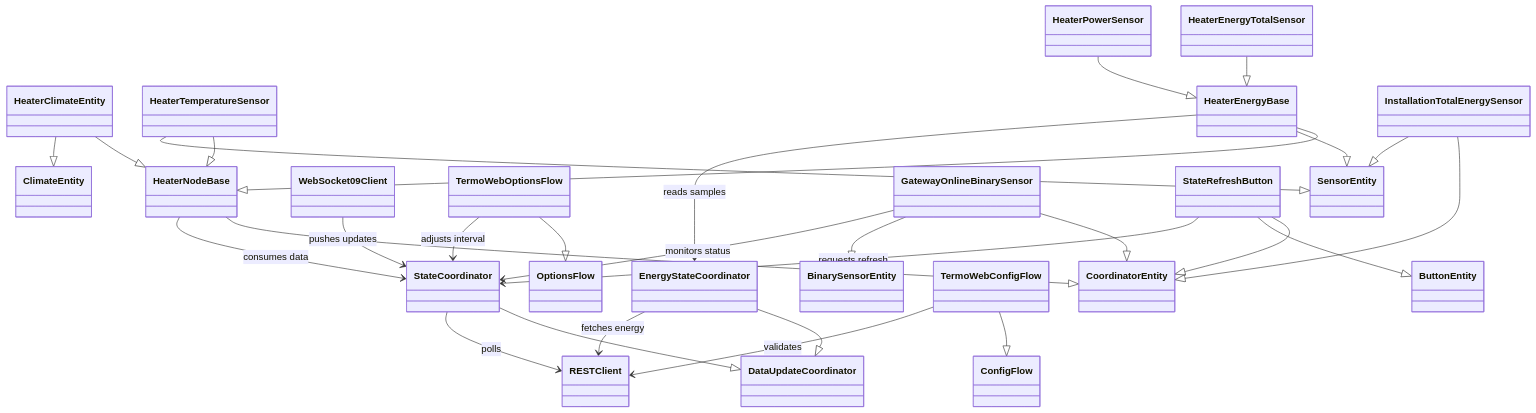
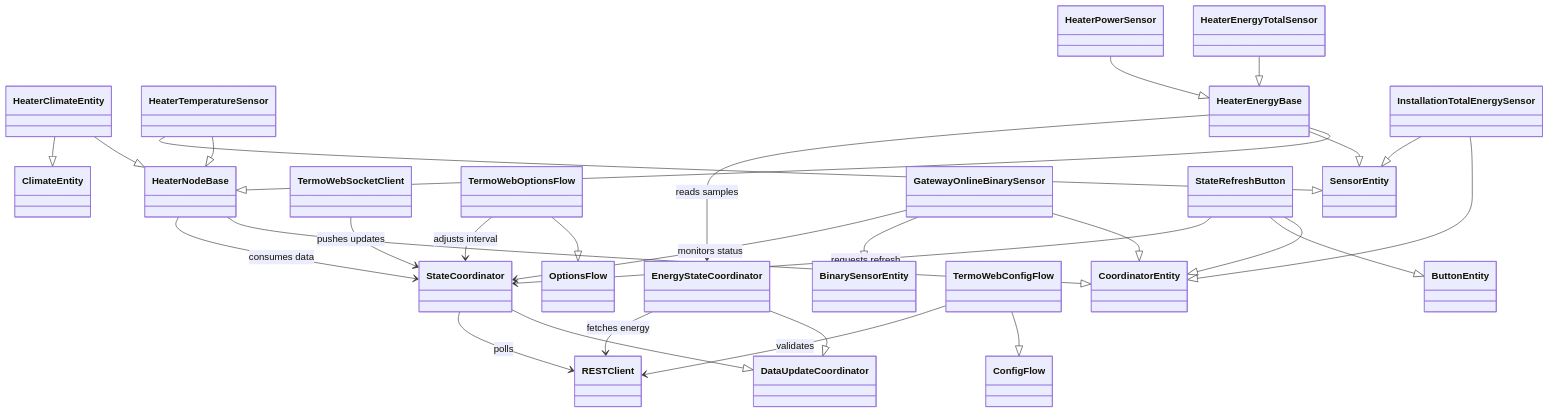
The second of 2 diagrams in docs/architecture.md (ha-termoweb/ha-termoweb), drawn with Mermaid before and after one commit. The commit also changed other lines of this file and 4 other files, not shown here.

````diff
--- a/docs/architecture.md
+++ b/docs/architecture.md
@@ -103,61 +103,61 @@
 ```mermaid
 classDiagram
     %% Core Home Assistant base classes
     class ConfigFlow
     class OptionsFlow
     class DataUpdateCoordinator
     class CoordinatorEntity
     class ClimateEntity
     class SensorEntity
     class BinarySensorEntity
     class ButtonEntity
 
     %% Integration classes
     class RESTClient
-    class WebSocket09Client
+    class TermoWebSocketClient
     class TermoWebConfigFlow
     class TermoWebOptionsFlow
     class StateCoordinator
     class EnergyStateCoordinator
     class HeaterNodeBase
     class HeaterClimateEntity
     class HeaterTemperatureSensor
     class HeaterEnergyBase
     class HeaterEnergyTotalSensor
     class HeaterPowerSensor
     class InstallationTotalEnergySensor
     class GatewayOnlineBinarySensor
     class StateRefreshButton
 
     %% Inheritance
     TermoWebConfigFlow --|> ConfigFlow
     TermoWebOptionsFlow --|> OptionsFlow
     StateCoordinator --|> DataUpdateCoordinator
     EnergyStateCoordinator --|> DataUpdateCoordinator
     HeaterNodeBase --|> CoordinatorEntity
     HeaterClimateEntity --|> HeaterNodeBase
     HeaterClimateEntity --|> ClimateEntity
     HeaterTemperatureSensor --|> HeaterNodeBase
     HeaterTemperatureSensor --|> SensorEntity
     HeaterEnergyBase --|> HeaterNodeBase
     HeaterEnergyBase --|> SensorEntity
     HeaterEnergyTotalSensor --|> HeaterEnergyBase
     HeaterPowerSensor --|> HeaterEnergyBase
     InstallationTotalEnergySensor --|> CoordinatorEntity
     InstallationTotalEnergySensor --|> SensorEntity
     GatewayOnlineBinarySensor --|> CoordinatorEntity
     GatewayOnlineBinarySensor --|> BinarySensorEntity
     StateRefreshButton --|> CoordinatorEntity
     StateRefreshButton --|> ButtonEntity
 
     %% Usage relationships
     TermoWebConfigFlow --> RESTClient : validates
     TermoWebOptionsFlow --> StateCoordinator : adjusts interval
     StateCoordinator --> RESTClient : polls
     EnergyStateCoordinator --> RESTClient : fetches energy
-    WebSocket09Client --> StateCoordinator : pushes updates
+    TermoWebSocketClient --> StateCoordinator : pushes updates
     HeaterNodeBase --> StateCoordinator : consumes data
     HeaterEnergyBase --> EnergyStateCoordinator : reads samples
     GatewayOnlineBinarySensor --> StateCoordinator : monitors status
     StateRefreshButton --> StateCoordinator : requests refresh
 ```
````
